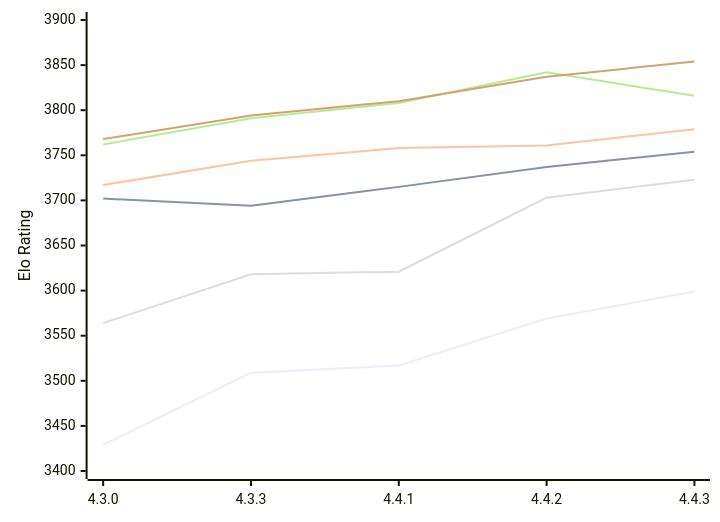
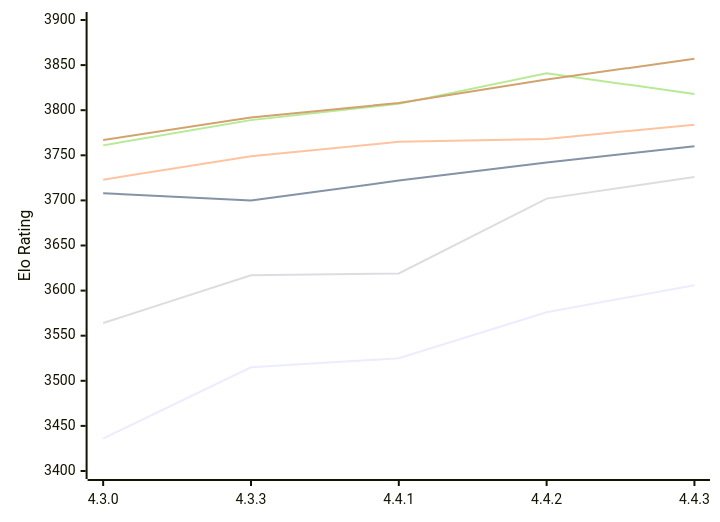
The first of 2 diagrams in engines/Gaia.md (computer-chess-index/cci), drawn with Mermaid before and after one commit. The commit also changed other lines of this file, not shown here.

Commit message:
Update CCI Ratings (ELO VLTC) - 2026-11-10

````diff
--- a/engines/Gaia.md
+++ b/engines/Gaia.md
@@ -61,12 +61,12 @@
 ```mermaid
 %%{init: {"theme":"base","themeVariables":{"seriesColors:['#a3a3a3','#222221','#faa371']}}}%%
 xychart-beta
   x-axis ["4.3.0", "4.3.3", "4.4.1", "4.4.2", "4.4.3"]
   y-axis "Elo Rating" 3400 --> 3900
-  line "E1: STC (8.0+0.08s)" [3429, 3509, 3517, 3569, 3599]
-  line "E1: LTC (60.0+0.60s)" [3702, 3694, 3715, 3737, 3754]
-  line "E1: VLTC (2m24s+1.12s)" [3717, 3744, 3758, 3761, 3779]
-  line "P1: STC (8.0+0.08s)" [3564, 3618, 3621, 3703, 3723]
-  line "P1: LTC (60.0+0.60s)" [3762, 3791, 3808, 3842, 3816]
-  line "P1: VLTC (2m24s+1.12s)" [3768, 3794, 3810, 3837, 3854]
+  line "E1: STC (8.0+0.08s)" [3436, 3515, 3525, 3576, 3606]
+  line "E1: LTC (60.0+0.60s)" [3708, 3700, 3722, 3742, 3760]
+  line "E1: VLTC (2m24s+1.12s)" [3723, 3749, 3765, 3768, 3784]
+  line "P1: STC (8.0+0.08s)" [3564, 3617, 3619, 3702, 3726]
+  line "P1: LTC (60.0+0.60s)" [3761, 3789, 3807, 3841, 3818]
+  line "P1: VLTC (2m24s+1.12s)" [3767, 3792, 3808, 3834, 3857]
 ```
````
